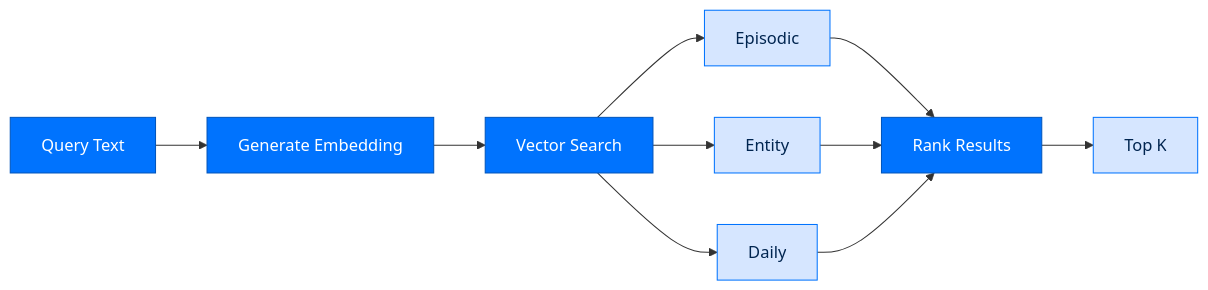
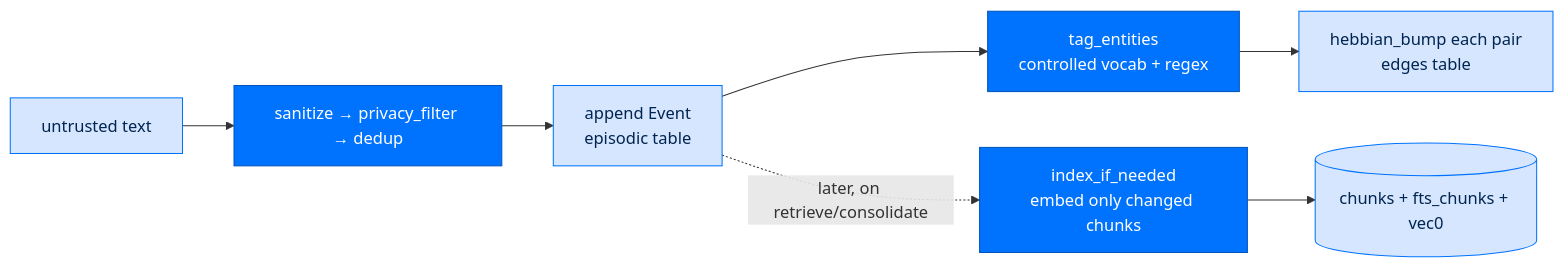
One commit to joshuamschultz/Arc changed the second of 3 diagrams in docs/building/packages/arcmemory.md. Above: the diagram before and after it, drawn with Mermaid. The commit also changed other lines of this file and 7 other files, not shown here.

````diff
--- a/docs/building/packages/arcmemory.md
+++ b/docs/building/packages/arcmemory.md
@@ -245,15 +240,12 @@
 ```mermaid
 flowchart LR
     classDef step fill:#0073FE,stroke:#0055BC,color:#FFFFFF
     classDef data fill:#D6E6FF,stroke:#0073FE,color:#002550
 
-    Query[Query Text]:::step --> Embed[Generate Embedding]:::step
-    Embed --> Search[Vector Search]:::step
-    Search --> Episodic[Episodic]:::data
-    Search --> Entity[Entity]:::data
-    Search --> Daily[Daily]:::data
-    Episodic --> Rank[Rank Results]:::step
-    Entity --> Rank
-    Daily --> Rank
-    Rank --> Results[Top K]:::data
+    T[untrusted text]:::data --> S[sanitize → privacy_filter → dedup]:::step
+    S --> E[append Event<br/>episodic table]:::data
+    E --> Tag[tag_entities<br/>controlled vocab + regex]:::step
+    Tag --> H[hebbian_bump each pair<br/>edges table]:::data
+    E -. later, on retrieve/consolidate .-> IX[index_if_needed<br/>embed only changed chunks]:::step
+    IX --> CH[(chunks + fts_chunks + vec0)]:::data
 ```
````
